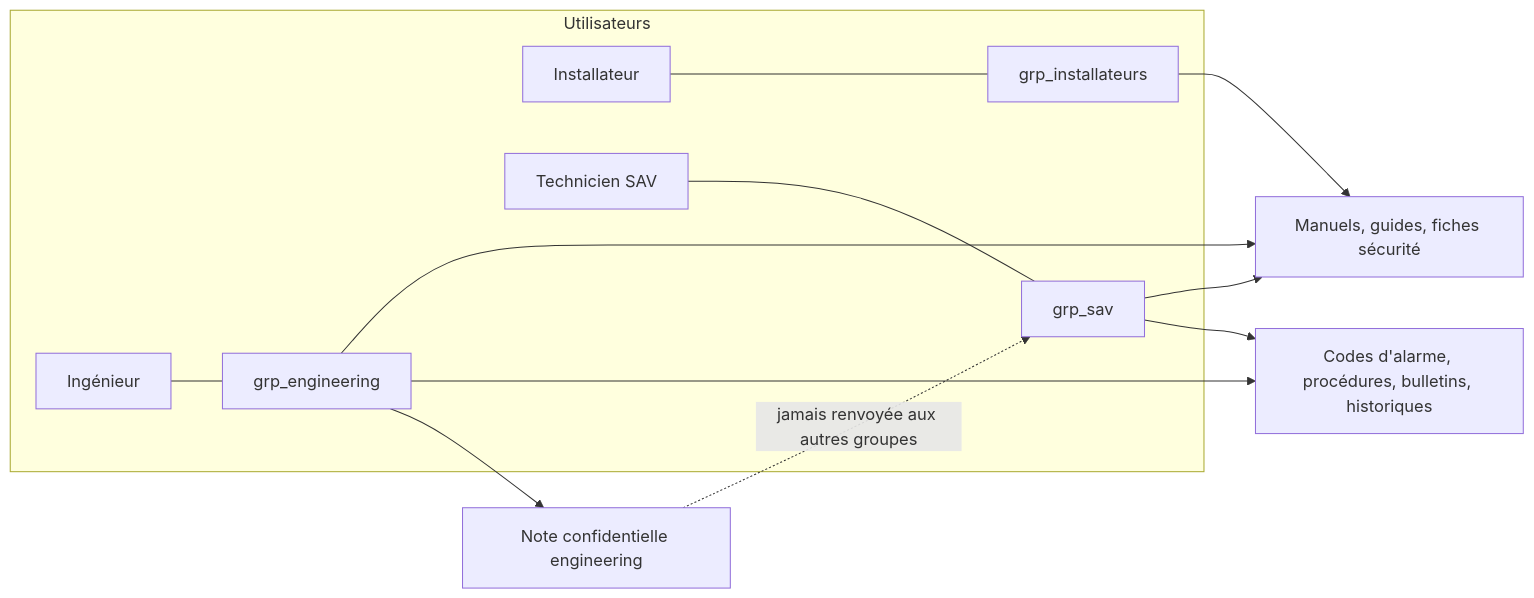
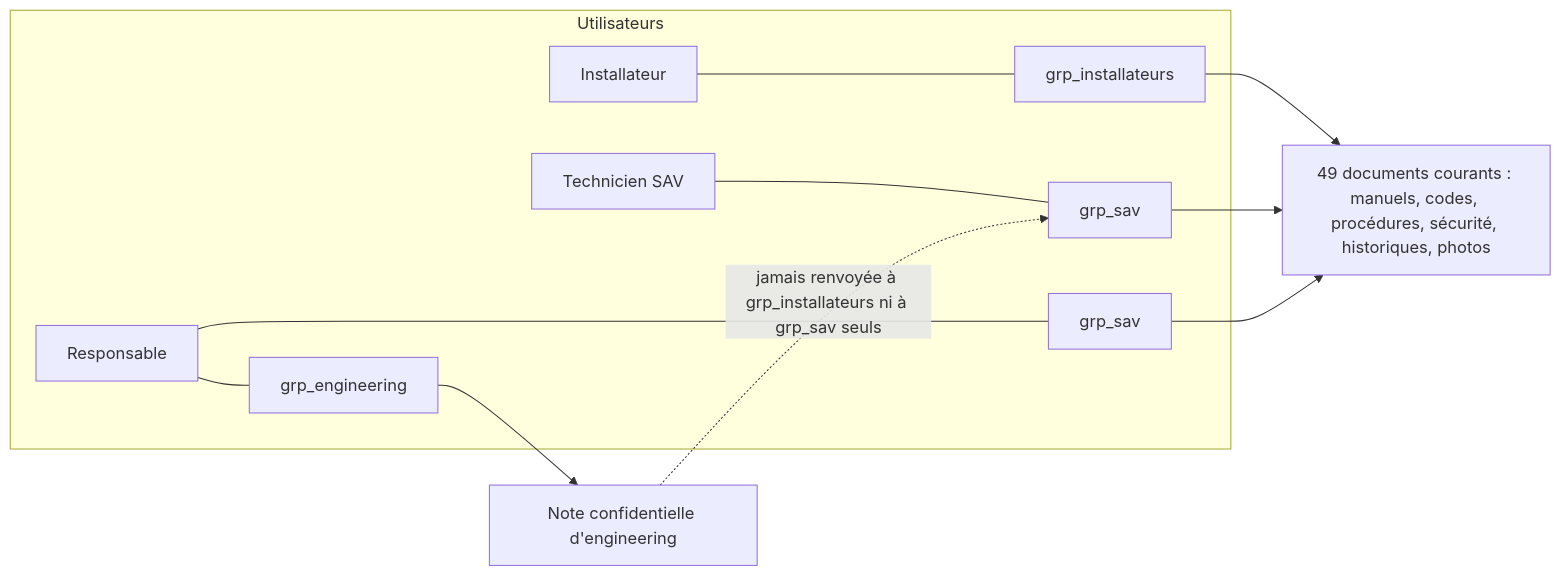
One commit to ziadserray04/MaintiDoc changed the diagram in docs/diagrammes/acces.mmd. Above: the diagram before and after it, drawn with Mermaid. The commit also changed 2 other files, not shown here.

```diff
--- a/docs/diagrammes/acces.mmd
+++ b/docs/diagrammes/acces.mmd
@@ -1,13 +1,12 @@
 flowchart LR
   subgraph Utilisateurs
     I[Installateur] --- gi[grp_installateurs]
     S[Technicien SAV] --- gs[grp_sav]
-    E[Ingénieur] --- ge[grp_engineering]
+    E[Responsable] --- gs2[grp_sav] 
+    E --- ge[grp_engineering]
   end
-  gi --> D1[Manuels, guides, fiches sécurité]
+  gi --> D1[49 documents courants : manuels, codes, procédures, sécurité, historiques, photos]
   gs --> D1
-  gs --> D2[Codes d'alarme, procédures, bulletins, historiques]
-  ge --> D1
-  ge --> D2
-  ge --> D3[Note confidentielle engineering]
-  D3 -. "jamais renvoyée aux autres groupes" .-> gs
+  gs2 --> D1
+  ge --> D3[Note confidentielle d'engineering]
+  D3 -. "jamais renvoyée à grp_installateurs ni à grp_sav seuls" .-> gs
```
